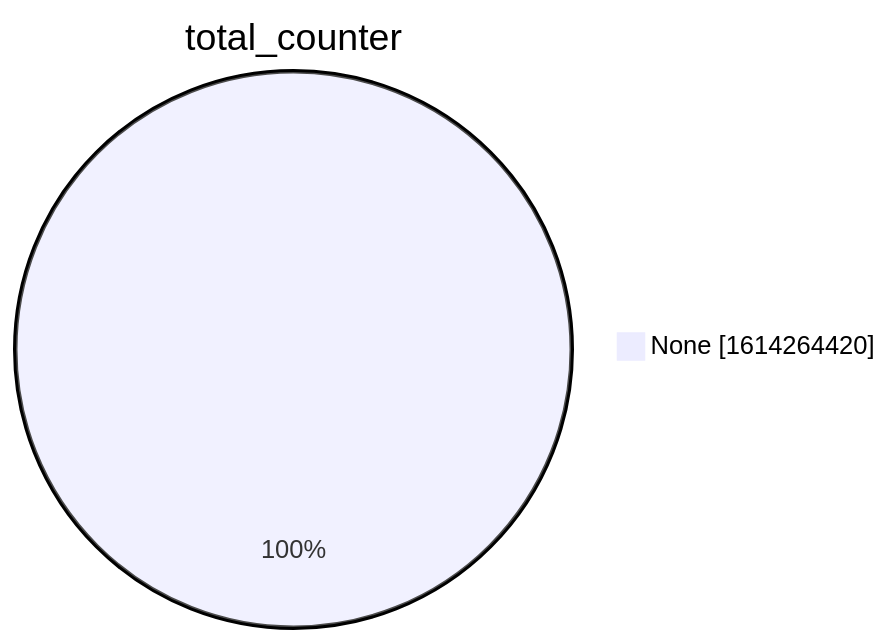
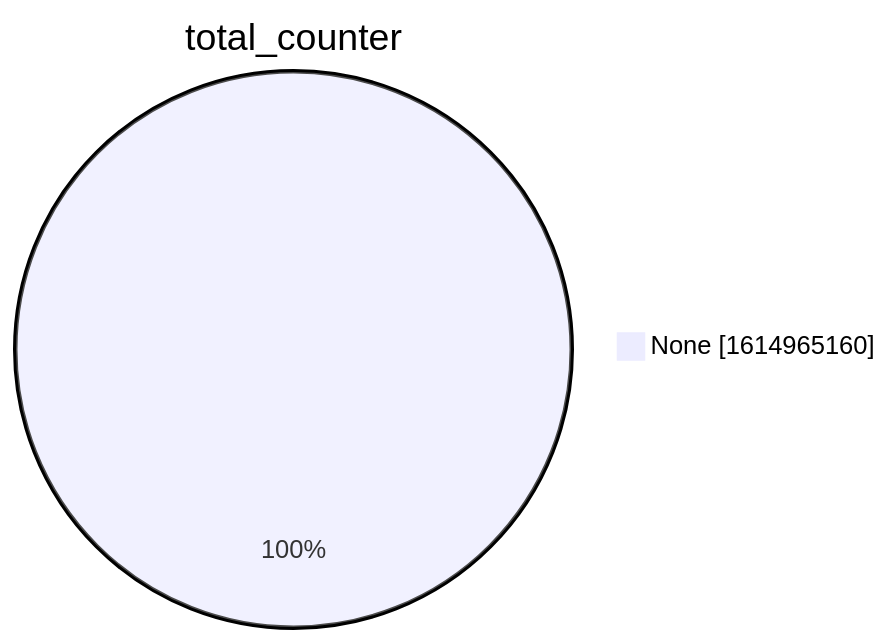
One commit to christiankrug/ctmonitor_visualization changed the second of 15 diagrams in xenon2022/README.md. Above: the diagram before and after it, drawn with Mermaid. The commit also changed other lines of this file, not shown here.

````diff
--- a/xenon2022/README.md
+++ b/xenon2022/README.md
@@ -9,5 +9,5 @@
 ```mermaid
 pie showData
 title total_counter
-"None" :1614264420
+"None" :1614965160
 ```
````
